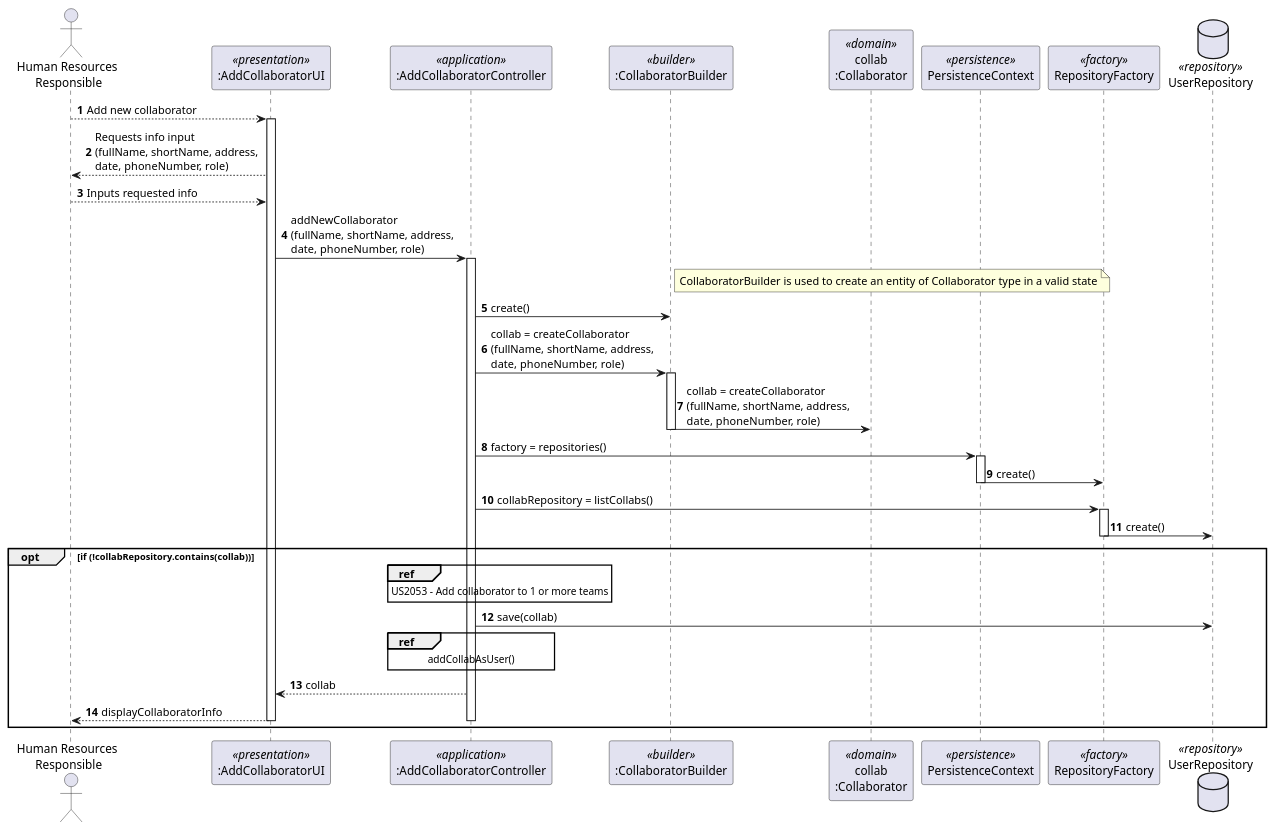
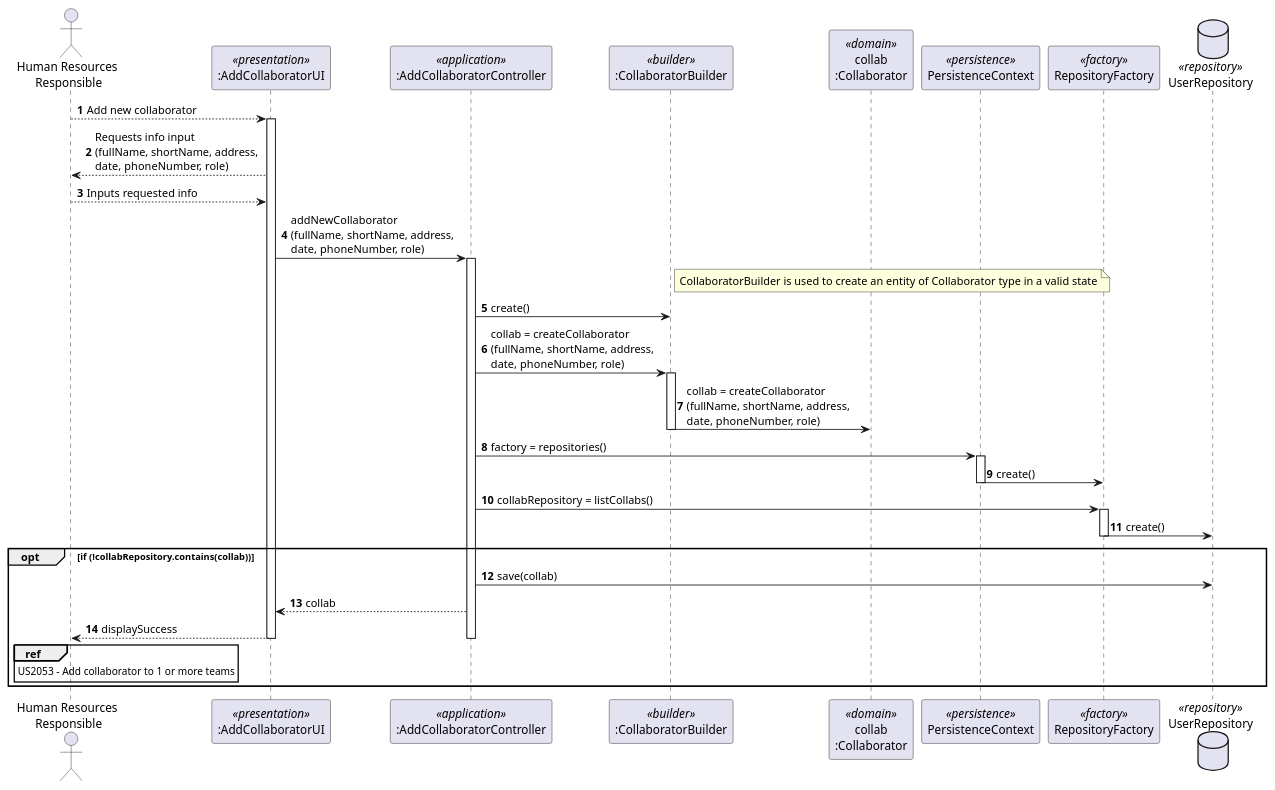
One commit to Joao-PP-Alves/isep-lapr4 changed the diagram in docs/1191513/US2051/SD_US2051.puml. Above: the diagram before and after it, drawn with PlantUML. The commit also changed 16 other files, not shown here.

```diff
--- a/docs/1191513/US2051/SD_US2051.puml
+++ b/docs/1191513/US2051/SD_US2051.puml
@@ -1,58 +1,54 @@
 @startuml
 autonumber
 
 actor "Human Resources \nResponsible" as HRR
 participant ":AddCollaboratorUI" as ADDCOLLABUI <<presentation>>
 participant ":AddCollaboratorController" as ADDCOLLABCTRL <<application>>
 participant ":CollaboratorBuilder" as COLLABBUILDER <<builder>>
 participant "collab\n:Collaborator" as COLLAB <<domain>>
 participant PersistenceContext as Persistence <<persistence>>
 participant RepositoryFactory as Factory <<factory>>
 database UserRepository as Repository <<repository>>
 
 
 HRR --> ADDCOLLABUI : Add new collaborator
 activate ADDCOLLABUI
 ADDCOLLABUI --> HRR : Requests info input \n(fullName, shortName, address, \ndate, phoneNumber, role)
 
 HRR --> ADDCOLLABUI : Inputs requested info
 
 ADDCOLLABUI -> ADDCOLLABCTRL : addNewCollaborator\n(fullName, shortName, address, \ndate, phoneNumber, role)
 note right of COLLABBUILDER:CollaboratorBuilder is used to create an entity of Collaborator type in a valid state
 activate ADDCOLLABCTRL
 ADDCOLLABCTRL -> COLLABBUILDER : create()
 ADDCOLLABCTRL -> COLLABBUILDER : collab = createCollaborator\n(fullName, shortName, address, \ndate, phoneNumber, role)
 
 activate COLLABBUILDER
 COLLABBUILDER -> COLLAB : collab = createCollaborator\n(fullName, shortName, address, \ndate, phoneNumber, role)
 deactivate COLLABBUILDER
 
 ADDCOLLABCTRL -> Persistence : factory = repositories()
 activate Persistence
 Persistence -> Factory : create()
 deactivate Persistence
 
 ADDCOLLABCTRL -> Factory : collabRepository = listCollabs()
 activate Factory
 Factory -> Repository : create()
 deactivate Factory
 
 opt if (!collabRepository.contains(collab))
-ref over ADDCOLLABCTRL
-US2053 - Add collaborator to 1 or more teams
-end ref
 ADDCOLLABCTRL -> Repository : save(collab)
-
-ref over ADDCOLLABCTRL
-addCollabAsUser()
-end ref
 
 ADDCOLLABCTRL --> ADDCOLLABUI : collab
 deactivate COLLABBUILDER
 
-ADDCOLLABUI --> HRR : displayCollaboratorInfo
+ADDCOLLABUI --> HRR : displaySuccess
 deactivate ADDCOLLABCTRL
+ref over HRR
+US2053 - Add collaborator to 1 or more teams
+end ref
 deactivate ADDCOLLABUI
 end opt
 
 @enduml
```
